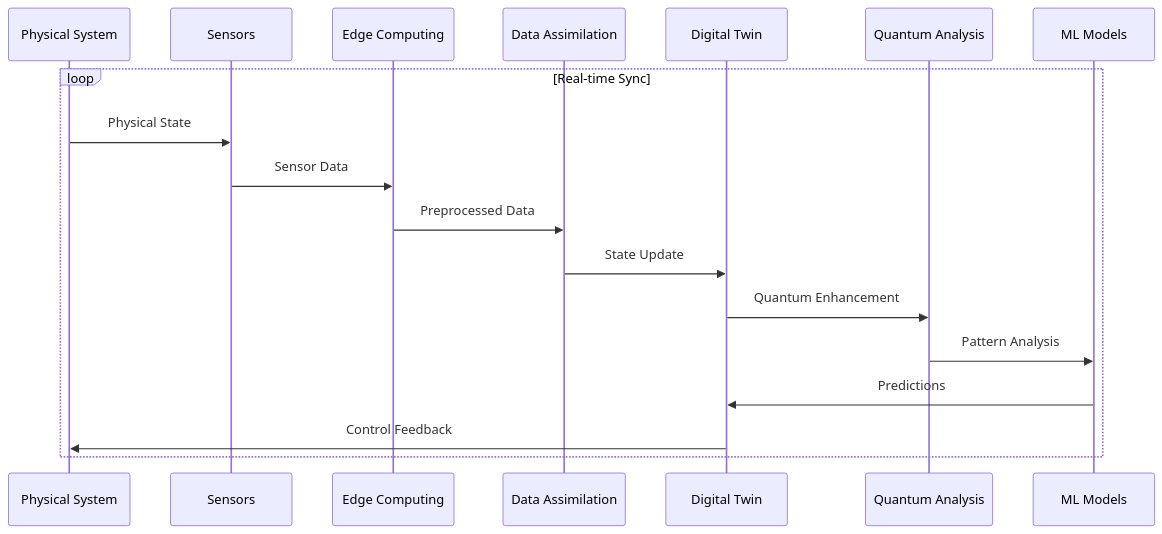
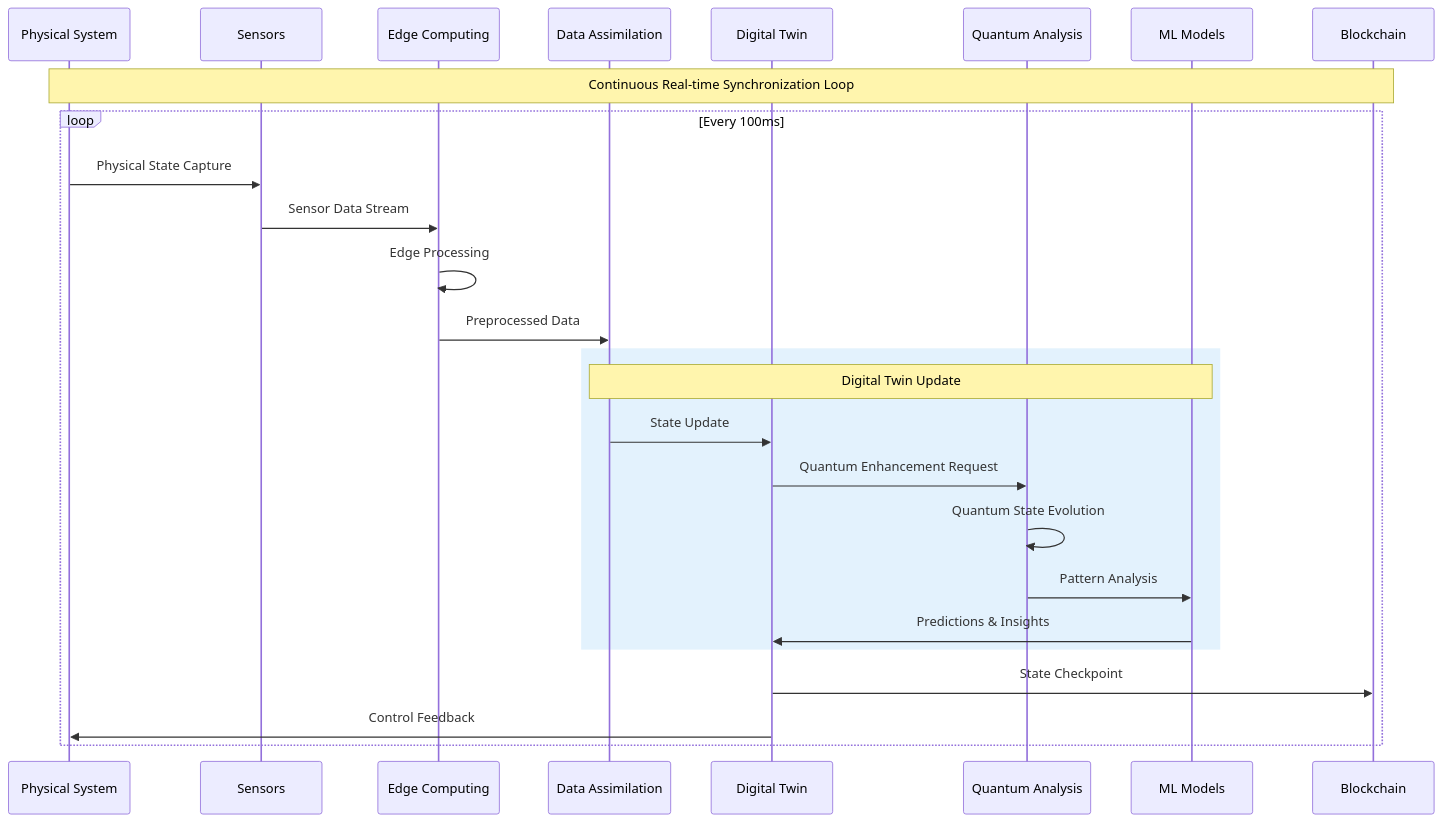
Before and after one commit to Robbbo-T/Robbbo-T: the tenth of 33 diagrams in README.md, drawn with Mermaid. The commit also changed other lines of this file, not shown here.

````diff
--- a/README.md
+++ b/README.md
@@ -934,21 +1388,32 @@
 ```mermaid
 sequenceDiagram
     participant PS as Physical System
     participant S as Sensors
     participant EC as Edge Computing
     participant DA as Data Assimilation
     participant DT as Digital Twin
     participant QA as Quantum Analysis
     participant ML as ML Models
+    participant BC as Blockchain
     
-    loop Real-time Sync
-        PS->>S: Physical State
-        S->>EC: Sensor Data
+    Note over PS,BC: Continuous Real-time Synchronization Loop
+    
+    loop Every 100ms
+        PS->>S: Physical State Capture
+        S->>EC: Sensor Data Stream
+        EC->>EC: Edge Processing
         EC->>DA: Preprocessed Data
-        DA->>DT: State Update
-        DT->>QA: Quantum Enhancement
-        QA->>ML: Pattern Analysis
-        ML->>DT: Predictions
+        
+        rect rgb(227, 242, 253)
+            Note over DA,ML: Digital Twin Update
+            DA->>DT: State Update
+            DT->>QA: Quantum Enhancement Request
+            QA->>QA: Quantum State Evolution
+            QA->>ML: Pattern Analysis
+            ML->>DT: Predictions & Insights
+        end
+        
+        DT->>BC: State Checkpoint
         DT->>PS: Control Feedback
     end
 ```
````
